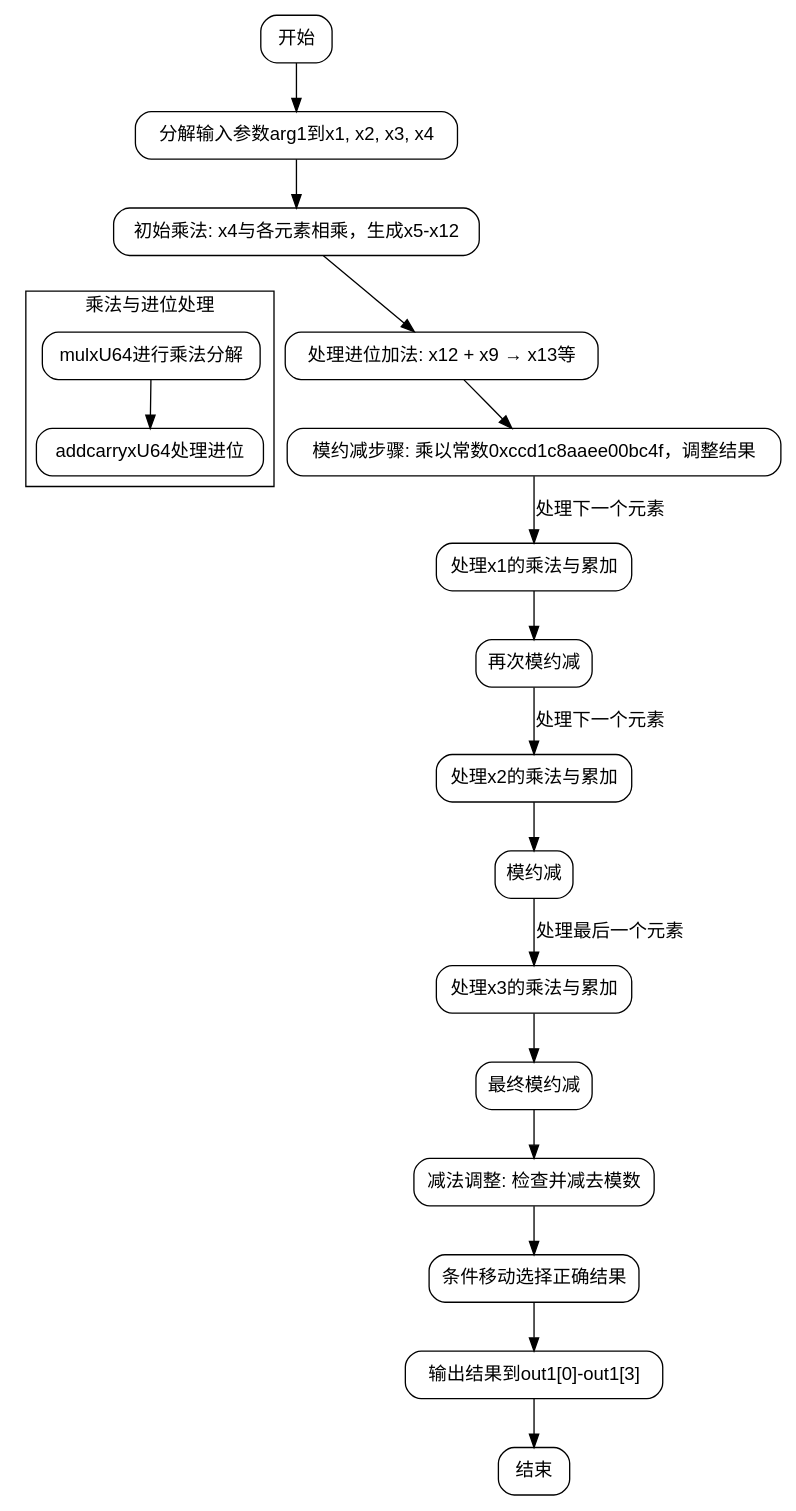
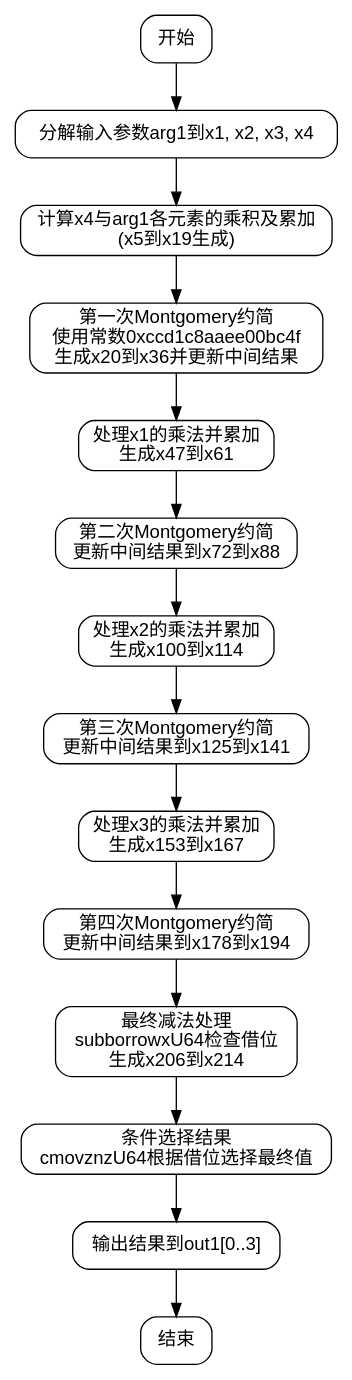
The diagram in dot_std/crypto/pcurves/p256/p256_scalar_64.zig.square.md (sdzx-1/deepseek-zig-reader), drawn with Graphviz before and after one commit. The commit also changed other lines of this file and 236 other files, not shown here.

````diff
--- a/dot_std/crypto/pcurves/p256/p256_scalar_64.zig.square.md
+++ b/dot_std/crypto/pcurves/p256/p256_scalar_64.zig.square.md
@@ -47,48 +37,35 @@
 ```dot
 digraph flowchart {
-    node [shape=rectangle, style=rounded, fontname=Helvetica]
-    edge [fontname=Helvetica]
+    node [shape=rectangle, style=rounded, fontname=Helvetica];
+    edge [fontname=Helvetica];
+    
+    start [label="开始"];
+    decompose_input [label="分解输入参数arg1到x1, x2, x3, x4"];
+    process_x4 [label="计算x4与arg1各元素的乘积及累加\n(x5到x19生成)"];
+    montgomery_reduce1 [label="第一次Montgomery约简\n使用常数0xccd1c8aaee00bc4f\n生成x20到x36并更新中间结果"];
+    process_x1 [label="处理x1的乘法并累加\n生成x47到x61"];
+    montgomery_reduce2 [label="第二次Montgomery约简\n更新中间结果到x72到x88"];
+    process_x2 [label="处理x2的乘法并累加\n生成x100到x114"];
+    montgomery_reduce3 [label="第三次Montgomery约简\n更新中间结果到x125到x141"];
+    process_x3 [label="处理x3的乘法并累加\n生成x153到x167"];
+    montgomery_reduce4 [label="第四次Montgomery约简\n更新中间结果到x178到x194"];
+    final_sub [label="最终减法处理\nsubborrowxU64检查借位\n生成x206到x214"];
+    cond_select [label="条件选择结果\ncmovznzU64根据借位选择最终值"];
+    output [label="输出结果到out1[0..3]"];
+    end [label="结束"];
 
-    start [label="开始"]
-    decompose_input [label="分解输入参数arg1到x1, x2, x3, x4"]
-    initial_mult [label="初始乘法: x4与各元素相乘，生成x5-x12"]
-    add_carry1 [label="处理进位加法: x12 + x9 → x13等"]
-    mod_reduce1 [label="模约减步骤: 乘以常数0xccd1c8aaee00bc4f，调整结果"]
-    process_x1 [label="处理x1的乘法与累加"]
-    mod_reduce2 [label="再次模约减"]
-    process_x2 [label="处理x2的乘法与累加"]
-    mod_reduce3 [label="模约减"]
-    process_x3 [label="处理x3的乘法与累加"]
-    mod_reduce4 [label="最终模约减"]
-    final_sub [label="减法调整: 检查并减去模数"]
-    cmov_adj [label="条件移动选择正确结果"]
-    output [label="输出结果到out1[0]-out1[3]"]
-    end [label="结束"]
-
-    start -> decompose_input
-    decompose_input -> initial_mult
-    initial_mult -> add_carry1
-    add_carry1 -> mod_reduce1
-    mod_reduce1 -> process_x1 [label="处理下一个元素"]
-    process_x1 -> mod_reduce2
-    mod_reduce2 -> process_x2 [label="处理下一个元素"]
-    process_x2 -> mod_reduce3
-    mod_reduce3 -> process_x3 [label="处理最后一个元素"]
-    process_x3 -> mod_reduce4
-    mod_reduce4 -> final_sub
-    final_sub -> cmov_adj
-    cmov_adj -> output
-    output -> end
-
-    // 内部细节示例（简化表示）
-    subgraph cluster_mult {
-        label="乘法与进位处理"
-        mul_step [label="mulxU64进行乘法分解"]
-        add_step [label="addcarryxU64处理进位"]
-        mul_step -> add_step
-    }
-
-    initial_mult -> mul_step [style=invis]
-    add_carry1 -> add_step [style=invis]
+    start -> decompose_input;
+    decompose_input -> process_x4;
+    process_x4 -> montgomery_reduce1;
+    montgomery_reduce1 -> process_x1;
+    process_x1 -> montgomery_reduce2;
+    montgomery_reduce2 -> process_x2;
+    process_x2 -> montgomery_reduce3;
+    montgomery_reduce3 -> process_x3;
+    process_x3 -> montgomery_reduce4;
+    montgomery_reduce4 -> final_sub;
+    final_sub -> cond_select;
+    cond_select -> output;
+    output -> end;
 }
 ```
````
